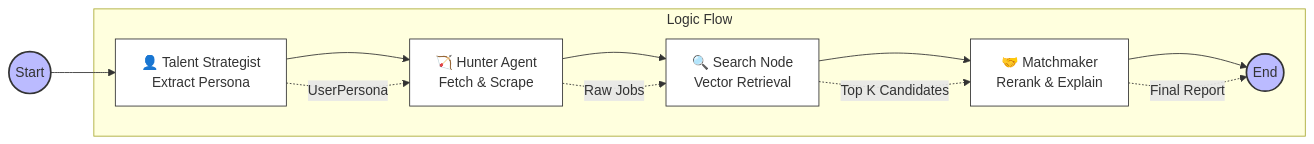
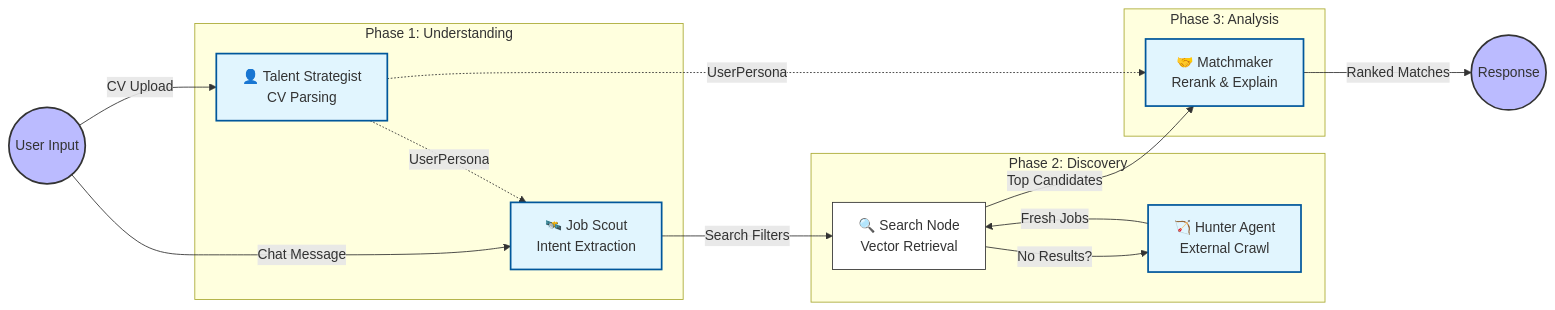
Before and after one commit to kkonst-bond-edu/funds-search: the second of 2 diagrams in README.md, drawn with Mermaid. The commit also changed other lines of this file, not shown here.

Commit message:
docs: Refactor README structure and agent diagrams

````diff
--- a/README.md
+++ b/README.md
@@ -136,31 +136,41 @@
 ```mermaid
 graph LR
     %% Styles
     classDef start fill:#bbf,stroke:#333,stroke-width:2px;
     classDef process fill:#fff,stroke:#333,stroke-width:1px;
-    classDef decision fill:#ff9,stroke:#333,stroke-width:1px;
+    classDef agent fill:#e1f5fe,stroke:#01579b,stroke-width:2px;
     classDef endnode fill:#bbf,stroke:#333,stroke-width:2px;
 
     %% Nodes
-    START((Start)):::start
-    TS[👤 Talent Strategist<br/>Extract Persona]:::process
-    WH[🏹 Hunter Agent<br/>Fetch & Scrape]:::process
-    SV[🔍 Search Node<br/>Vector Retrieval]:::process
-    MM[🤝 Matchmaker<br/>Rerank & Explain]:::process
-    END((End)):::endnode
+    START((User Input)):::start
+    
+    subgraph "Phase 1: Understanding"
+        TS[👤 Talent Strategist<br/>CV Parsing]:::agent
+        JS[🛰️ Job Scout<br/>Intent Extraction]:::agent
+    end
+
+    subgraph "Phase 2: Discovery"
+        WH[🏹 Hunter Agent<br/>External Crawl]:::agent
+        SV[🔍 Search Node<br/>Vector Retrieval]:::process
+    end
+
+    subgraph "Phase 3: Analysis"
+        MM[🤝 Matchmaker<br/>Rerank & Explain]:::agent
+    end
+
+    END((Response)):::endnode
 
     %% Flow
-    START --> TS
-    TS --> WH
-    WH --> SV
-    SV --> MM
-    MM --> END
-
-    %% Explanations
-    subgraph "Logic Flow"
-    TS -.->|UserPersona| WH
-    WH -.->|Raw Jobs| SV
-    SV -.->|Top K Candidates| MM
-    MM -.->|Final Report| END
-    end
+    START -->|CV Upload| TS
+    START -->|Chat Message| JS
+    
+    TS -.->|UserPersona| JS
+    JS -->|Search Filters| SV
+    
+    SV --"No Results?"--> WH
+    WH -->|Fresh Jobs| SV
+    
+    SV -->|Top Candidates| MM
+    TS -.->|UserPersona| MM
+    MM -->|Ranked Matches| END
 ```
````
